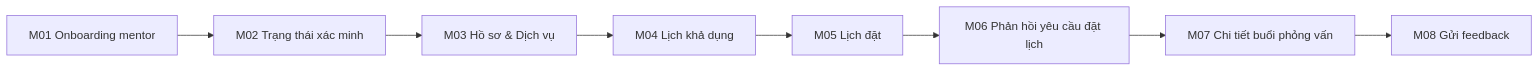
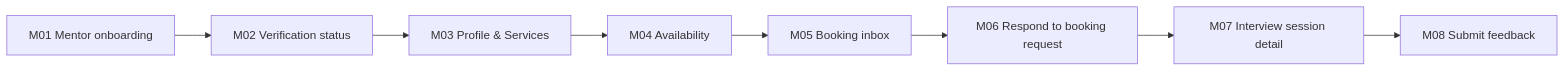
Before and after one commit to tnnhuaa/InterviewQuestionBank: the third of 4 diagrams in docs/Project_Prototype/Prototype_Workflow.md, drawn with Mermaid. The commit also changed other lines of this file and 19 other files, not shown here.

````diff
--- a/docs/Project_Prototype/Prototype_Workflow.md
+++ b/docs/Project_Prototype/Prototype_Workflow.md
@@ -199,10 +199,10 @@
 ```mermaid
 flowchart LR
-    M01["M01 Onboarding mentor"] --> M02["M02 Trạng thái xác minh"]
-    M02 --> M03["M03 Hồ sơ & Dịch vụ"]
-    M03 --> M04["M04 Lịch khả dụng"]
-    M04 --> M05["M05 Lịch đặt"]
-    M05 --> M06["M06 Phản hồi yêu cầu đặt lịch"]
-    M06 --> M07["M07 Chi tiết buổi phỏng vấn"]
-    M07 --> M08["M08 Gửi feedback"]
+    M01["M01 Mentor onboarding"] --> M02["M02 Verification status"]
+    M02 --> M03["M03 Profile & Services"]
+    M03 --> M04["M04 Availability"]
+    M04 --> M05["M05 Booking inbox"]
+    M05 --> M06["M06 Respond to booking request"]
+    M06 --> M07["M07 Interview session detail"]
+    M07 --> M08["M08 Submit feedback"]
 ```
````
